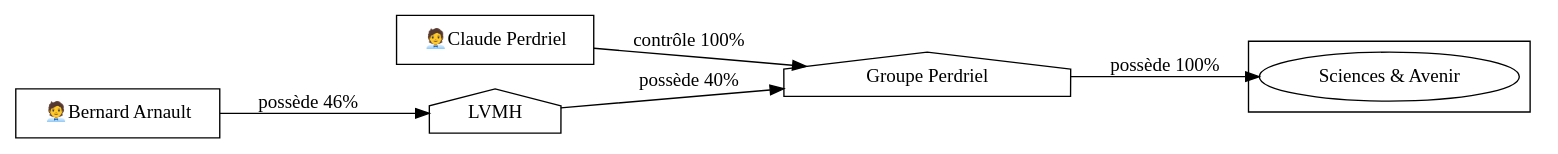
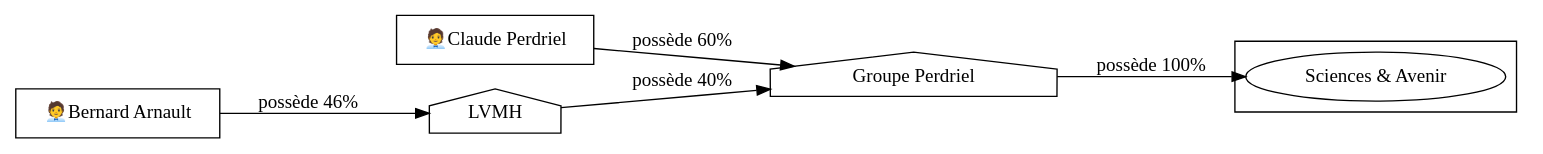
The diagram in 11ty_input/assets/sciences-and-avenir-7-relations-graph.dot (adipasquale/medias-wiki), drawn with Graphviz before and after one commit. The commit also changed 183 other files, not shown here.

```diff
--- a/11ty_input/assets/sciences-and-avenir-7-relations-graph.dot
+++ b/11ty_input/assets/sciences-and-avenir-7-relations-graph.dot
@@ -1,40 +1,40 @@
 digraph {
   rankdir=LR;
   subgraph roots {
     
       "claude-perdriel-1"[label="🧑‍💼Claude Perdriel" shape=box]
     
       "bernard-arnault-42"[label="🧑‍💼Bernard Arnault" shape=box]
     
   }
 
   
     "groupe-perdriel-3"[label="Groupe Perdriel" shape=house]
   
     "lvmh-43"[label="LVMH" shape=house]
   
 
   subgraph clusterLeaves {
     
       "sciences-and-avenir-7"[label="Sciences &amp; Avenir"]
     
   }
 
   
     "groupe-perdriel-3" -> "sciences-and-avenir-7" [
       label="possède 100%"
     ]
   
     "claude-perdriel-1" -> "groupe-perdriel-3" [
-      label="contrôle 100%"
+      label="possède 60%"
     ]
   
     "lvmh-43" -> "groupe-perdriel-3" [
       label="possède 40%"
     ]
   
     "bernard-arnault-42" -> "lvmh-43" [
       label="possède 46%"
     ]
   
 }
```
